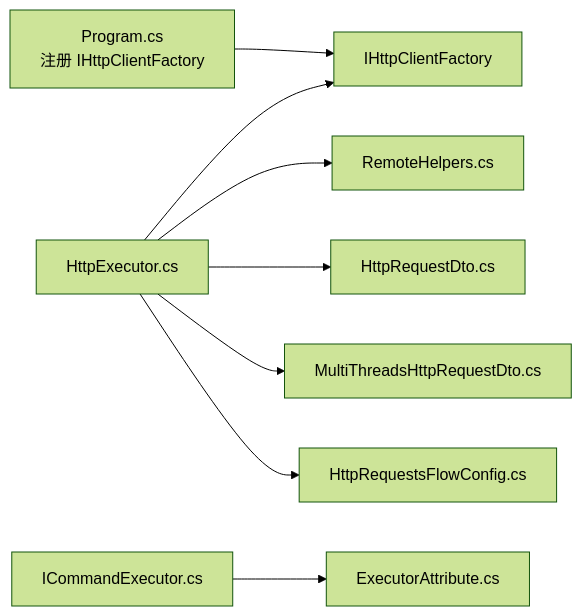
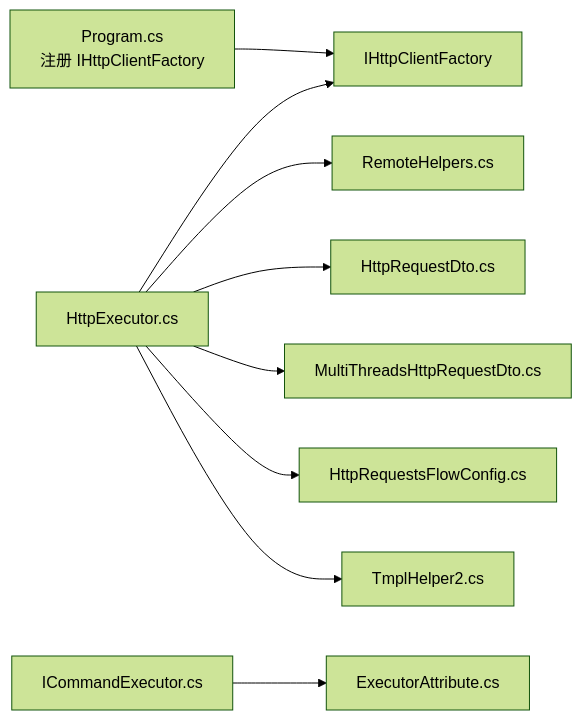
One commit to Sosososolong/AirGo changed the fourth of 4 diagrams in .qoder/repowiki/zh/content/项目概述/核心特性/工具库系统/HTTP 请求执行器.md. Above: the diagram before and after it, drawn with Mermaid (forest theme). The commit also changed other lines of this file and 6 other files, not shown here.

````diff
--- a/.qoder/repowiki/zh/content/项目概述/核心特性/工具库系统/HTTP 请求执行器.md
+++ b/.qoder/repowiki/zh/content/项目概述/核心特性/工具库系统/HTTP 请求执行器.md
@@ -321,10 +373,11 @@
 ```mermaid
 graph LR
 PRG["Program.cs<br/>注册 IHttpClientFactory"] --> FACT["IHttpClientFactory"]
 HE["HttpExecutor.cs"] --> FACT
 HE --> RH["RemoteHelpers.cs"]
 HE --> DTO["HttpRequestDto.cs"]
 HE --> MT["MultiThreadsHttpRequestDto.cs"]
 HE --> FLOW["HttpRequestsFlowConfig.cs"]
+HE --> TMPL2["TmplHelper2.cs"]
 IE["ICommandExecutor.cs"] --> EA["ExecutorAttribute.cs"]
 ```
````
